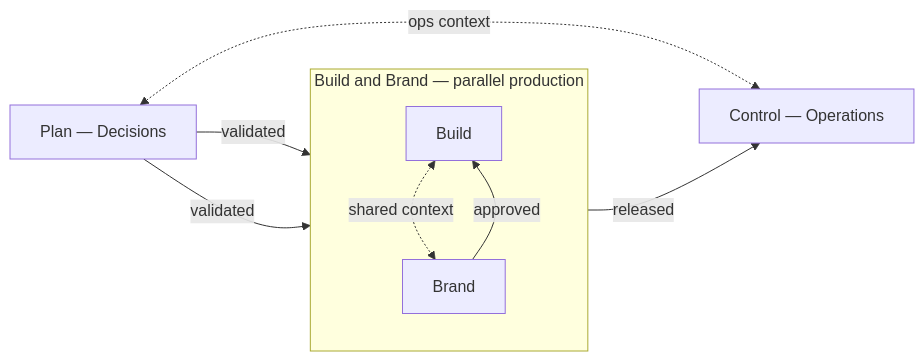
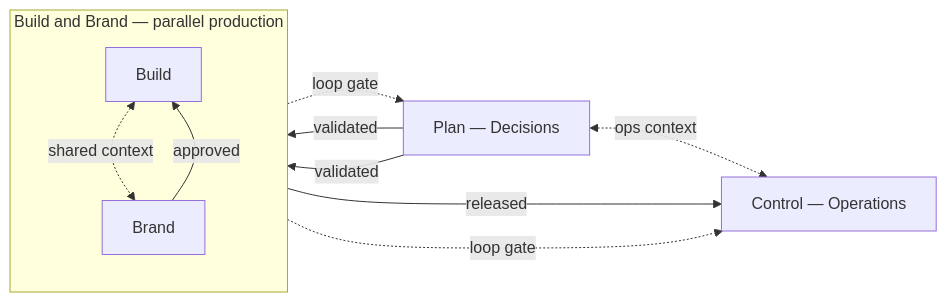
One commit to luckgrid/wfos changed the first of 2 diagrams in docs/architecture.md. Above: the diagram before and after it, drawn with Mermaid.

Commit message:
Add workstream loop gate arrows

````diff
--- a/docs/architecture.md
+++ b/docs/architecture.md
@@ -70,16 +70,18 @@
 ```mermaid
 flowchart LR
   Plan[Plan — Decisions]
   subgraph Prod [Build and Brand — parallel production]
     direction TB
     Build[Build]
     Brand[Brand]
     Build <-.->|shared context| Brand
     Brand -->|approved| Build
   end
   Control[Control — Operations]
   Plan -->|validated| Build
   Plan -->|validated| Brand
   Build -->|released| Control
   Plan <-.->|ops context| Control
+  Prod -.->|loop gate| Plan
+  Prod -.->|loop gate| Control
 ```
````
